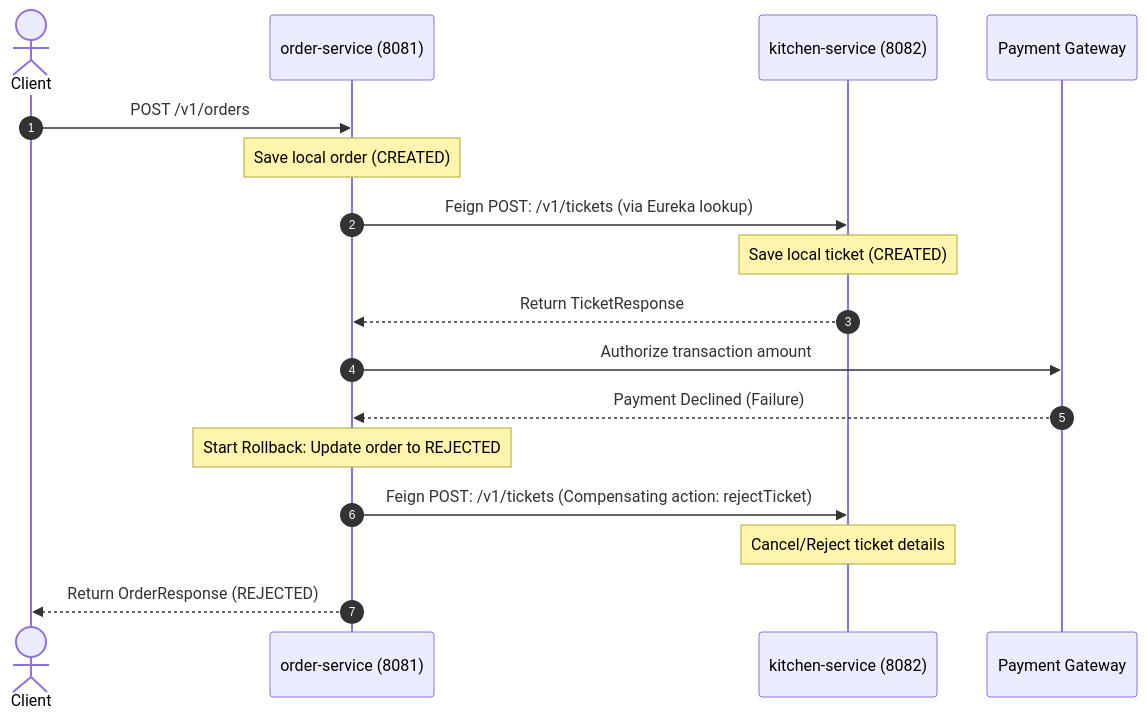
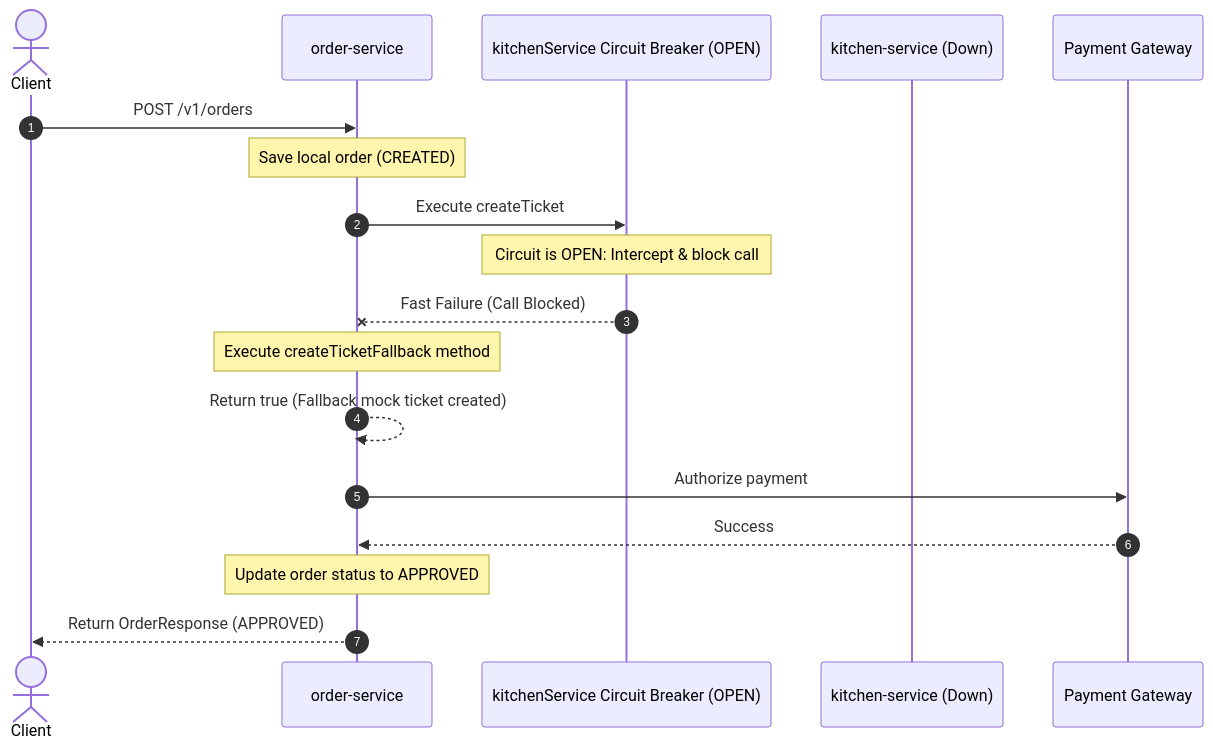
One commit to BaoTo12/ftgo-microservices changed the fifth of 6 diagrams in FLOWS.md. Above: the diagram before and after it, drawn with Mermaid. The commit also changed other lines of this file and 12 other files, not shown here.

Commit message:
ref: add circuit breaker for calling kitchen to create ticket in create order API

````diff
--- a/FLOWS.md
+++ b/FLOWS.md
@@ -204,23 +221,24 @@
 ```mermaid
 sequenceDiagram
     autonumber
     actor Client
-    participant Order as order-service (8081)
-    participant Kitchen as kitchen-service (8082)
+    participant Order as order-service
+    participant CB as kitchenService Circuit Breaker (OPEN)
+    participant Kitchen as kitchen-service (Down)
     participant Payment as Payment Gateway
 
     Client->>Order: POST /v1/orders
     Note over Order: Save local order (CREATED)
     
-    Order->>Kitchen: Feign POST: /v1/tickets (via Eureka lookup)
-    Note over Kitchen: Save local ticket (CREATED)
-    Kitchen-->>Order: Return TicketResponse
+    Order->>CB: Execute createTicket
+    Note over CB: Circuit is OPEN: Intercept & block call
+    CB--XOrder: Fast Failure (Call Blocked)
+    Note over Order: Execute createTicketFallback method
+    Order-->>Order: Return true (Fallback mock ticket created)
     
-    Order->>Payment: Authorize transaction amount
-    Payment-->>Order: Payment Declined (Failure)
+    Order->>Payment: Authorize payment
+    Payment-->>Order: Success
     
-    Note over Order: Start Rollback: Update order to REJECTED
-    Order->>Kitchen: Feign POST: /v1/tickets (Compensating action: rejectTicket)
-    Note over Kitchen: Cancel/Reject ticket details
-    Order-->>Client: Return OrderResponse (REJECTED)
+    Note over Order: Update order status to APPROVED
+    Order-->>Client: Return OrderResponse (APPROVED)
 ```
````
